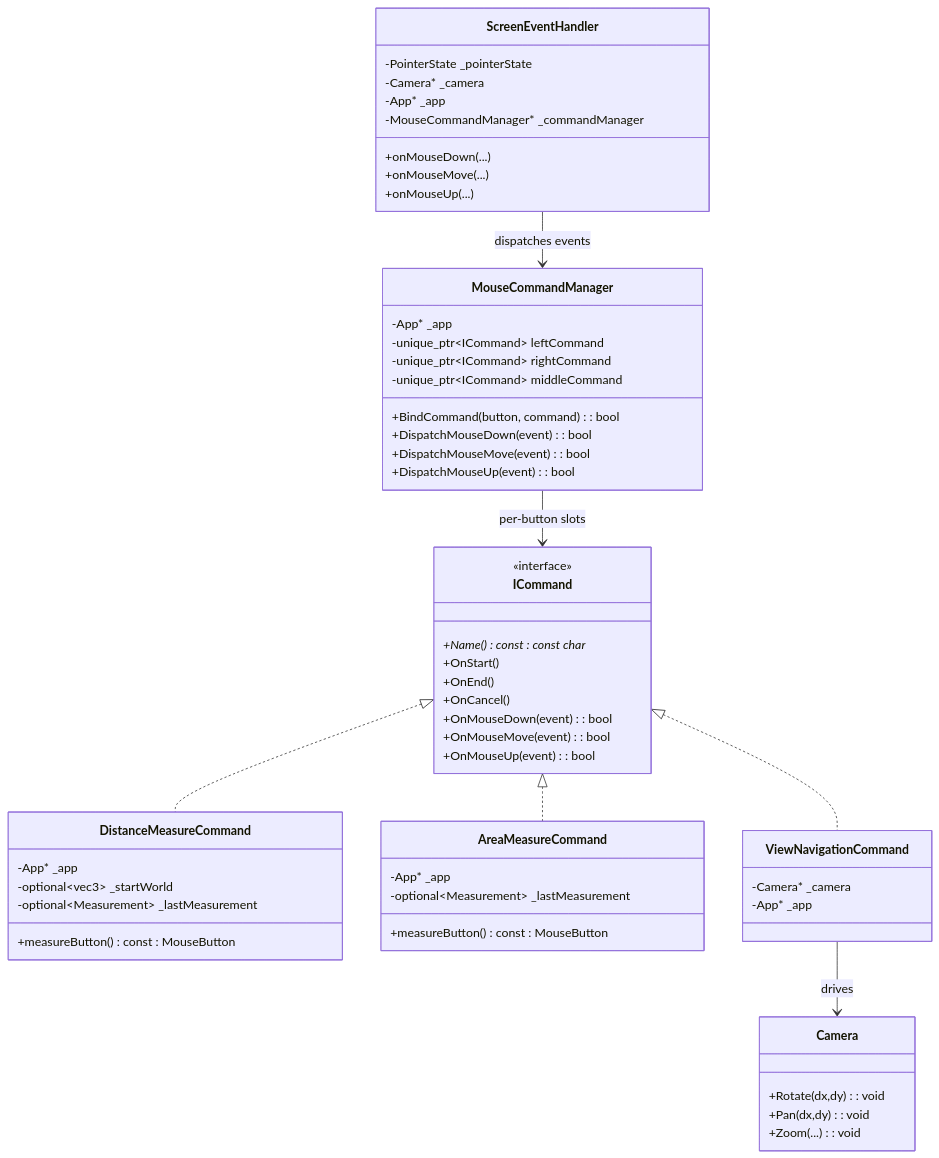
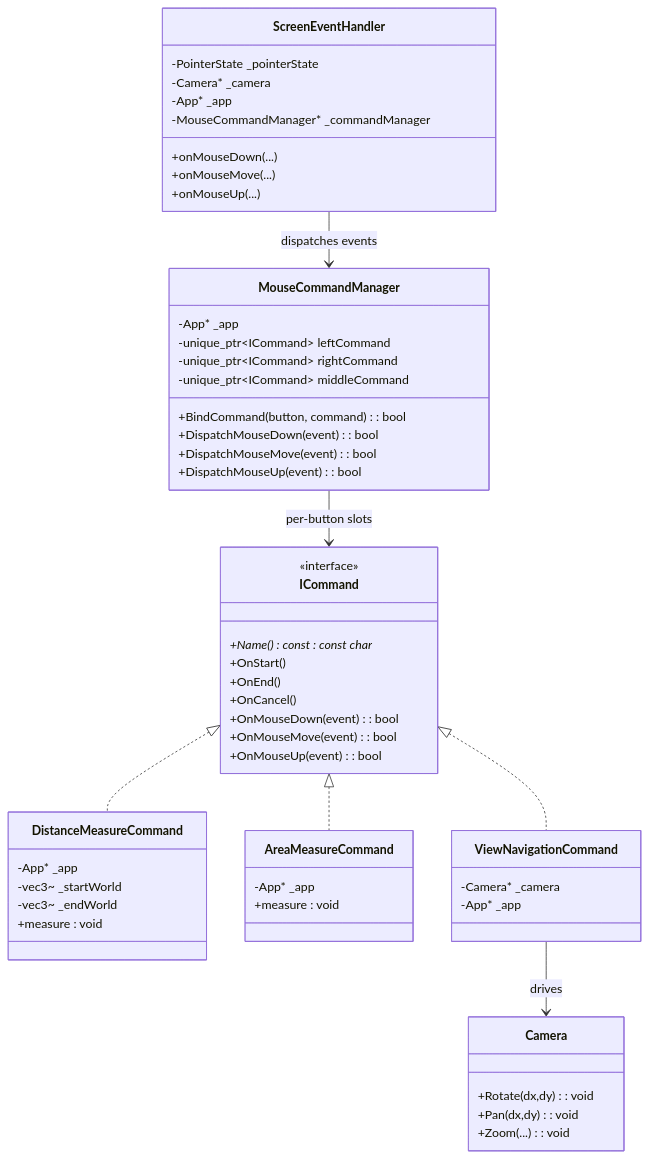
One commit to vfa-khaidt1/vfa-cdn changed the second of 2 diagrams in GraphV3.md. Above: the diagram before and after it, drawn with Mermaid.

````diff
--- a/GraphV3.md
+++ b/GraphV3.md
@@ -36,67 +36,66 @@
 ```mermaid
 classDiagram
     class ScreenEventHandler {
         -PointerState _pointerState
         -Camera* _camera
         -App* _app
         -MouseCommandManager* _commandManager
         +onMouseDown(...)
         +onMouseMove(...)
         +onMouseUp(...)
     }
 
     class ICommand {
         <<interface>>
         +Name() const : const char*
         +OnStart()
         +OnEnd()
         +OnCancel()
         +OnMouseDown(event): bool
         +OnMouseMove(event): bool
         +OnMouseUp(event): bool
     }
 
     class MouseCommandManager {
         -App* _app
         -unique_ptr~ICommand~ leftCommand
         -unique_ptr~ICommand~ rightCommand
         -unique_ptr~ICommand~ middleCommand
         +BindCommand(button, command): bool
         +DispatchMouseDown(event): bool
         +DispatchMouseMove(event): bool
         +DispatchMouseUp(event): bool
     }
 
     class DistanceMeasureCommand {
         -App* _app
-        -optional~vec3~ _startWorld
-        -optional~Measurement~ _lastMeasurement
-        +measureButton() const : MouseButton
+        -vec3~ _startWorld
+        -vec3~ _endWorld
+        +measure : void
     }
 
     class AreaMeasureCommand {
         -App* _app
-        -optional~Measurement~ _lastMeasurement
-        +measureButton() const : MouseButton
+        +measure : void
     }
 
     class ViewNavigationCommand {
         -Camera* _camera
         -App* _app
     }
 
     class Camera {
         +Rotate(dx,dy): void
         +Pan(dx,dy): void
         +Zoom(...): void
     }
 
 
     ICommand <|.. DistanceMeasureCommand
     ICommand <|.. ViewNavigationCommand
     ICommand <|.. AreaMeasureCommand
 
     ScreenEventHandler --> MouseCommandManager : dispatches events
     MouseCommandManager --> ICommand : per-button slots
     ViewNavigationCommand --> Camera : drives
 ```
````
